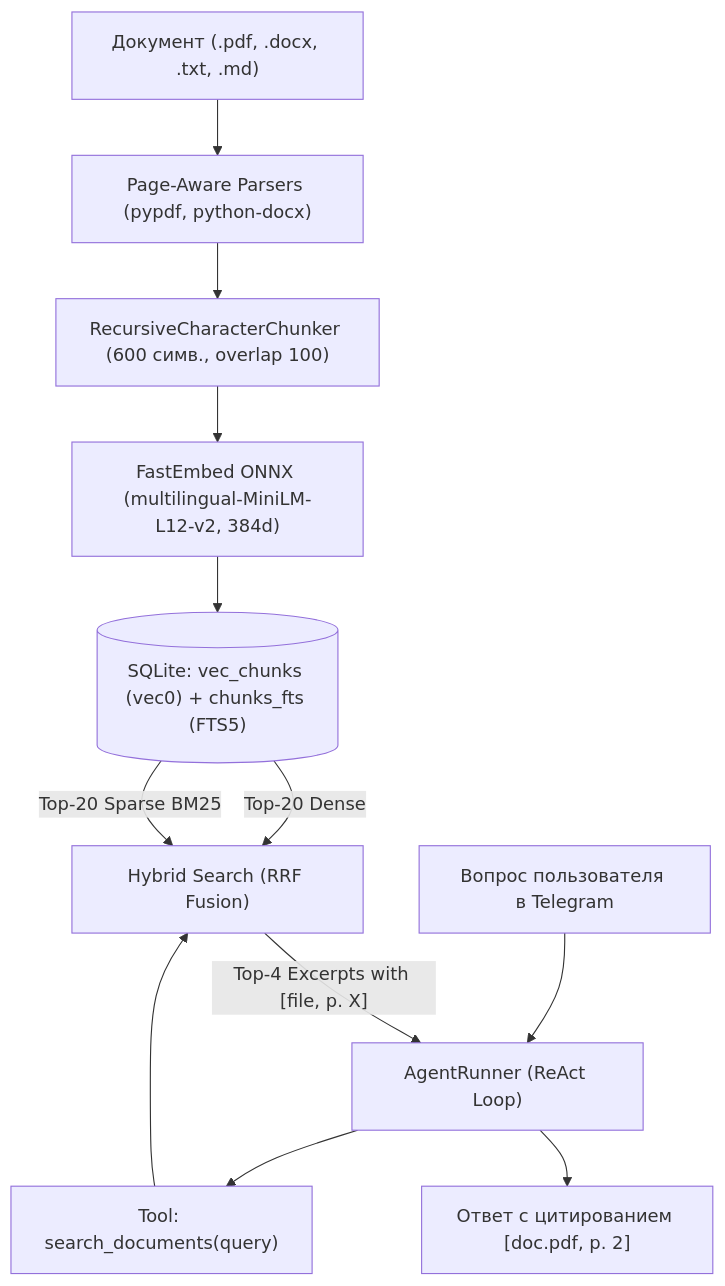
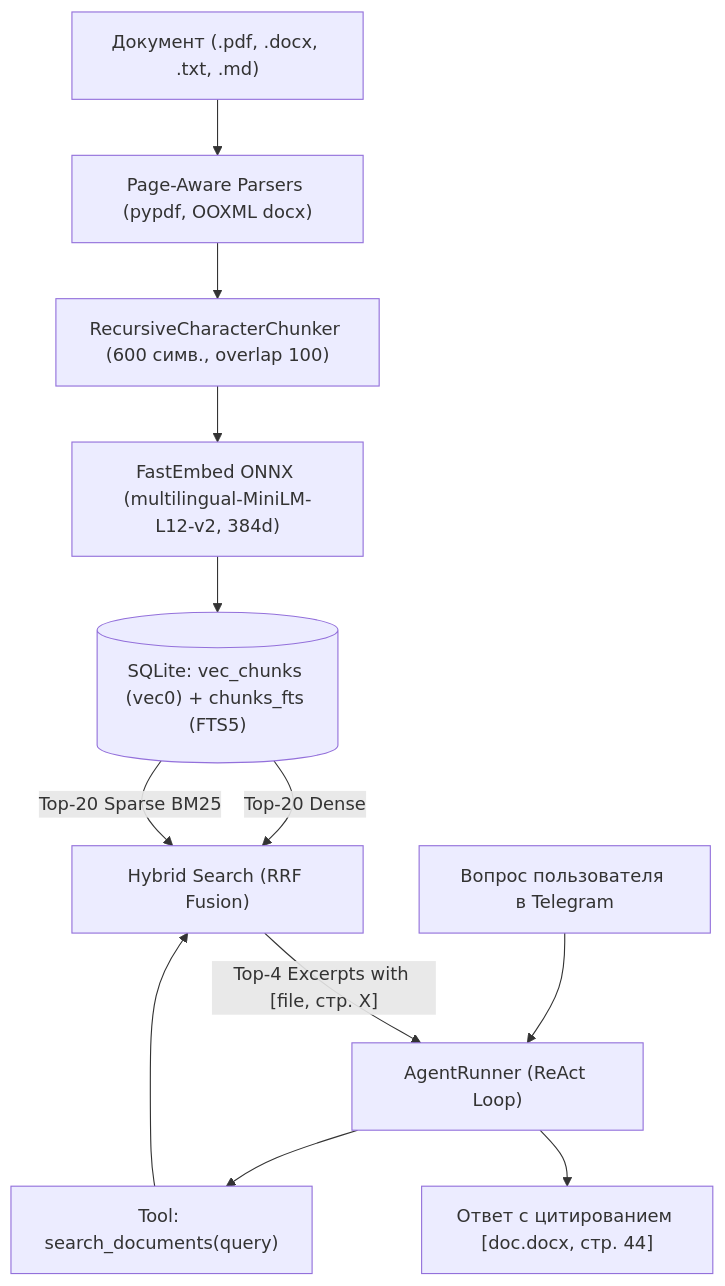
The diagram in README.md (skvertl/TG-agent), drawn with Mermaid before and after one commit. The commit also changed other lines of this file and 1 other file, not shown here.

Commit message:
docs: synchronize README.md and OpenSpec with multi-page DOCX parsing, robust Telegram UX, and 232 passed tests

````diff
--- a/README.md
+++ b/README.md
@@ -192,17 +192,17 @@
 ```mermaid
 flowchart TD
-    Doc["Документ (.pdf, .docx, .txt, .md)"] --> Parser["Page-Aware Parsers (pypdf, python-docx)"]
+    Doc["Документ (.pdf, .docx, .txt, .md)"] --> Parser["Page-Aware Parsers (pypdf, OOXML docx)"]
     Parser --> Chunker["RecursiveCharacterChunker (600 симв., overlap 100)"]
     Chunker --> Embedder["FastEmbed ONNX (multilingual-MiniLM-L12-v2, 384d)"]
     Embedder --> VecStore[("SQLite: vec_chunks (vec0) + chunks_fts (FTS5)")]
     
     UserQuery["Вопрос пользователя в Telegram"] --> AgentRunner["AgentRunner (ReAct Loop)"]
     AgentRunner --> SearchTool["Tool: search_documents(query)"]
     SearchTool --> HybridSearch["Hybrid Search (RRF Fusion)"]
     
     VecStore -->|"Top-20 Dense"| HybridSearch
     VecStore -->|"Top-20 Sparse BM25"| HybridSearch
     
-    HybridSearch -->|"Top-4 Excerpts with [file, p. X]"| AgentRunner
-    AgentRunner --> FinalAnswer["Ответ с цитированием [doc.pdf, p. 2]"]
+    HybridSearch -->|"Top-4 Excerpts with [file, стр. X]"| AgentRunner
+    AgentRunner --> FinalAnswer["Ответ с цитированием [doc.docx, стр. 44]"]
 ```
````
